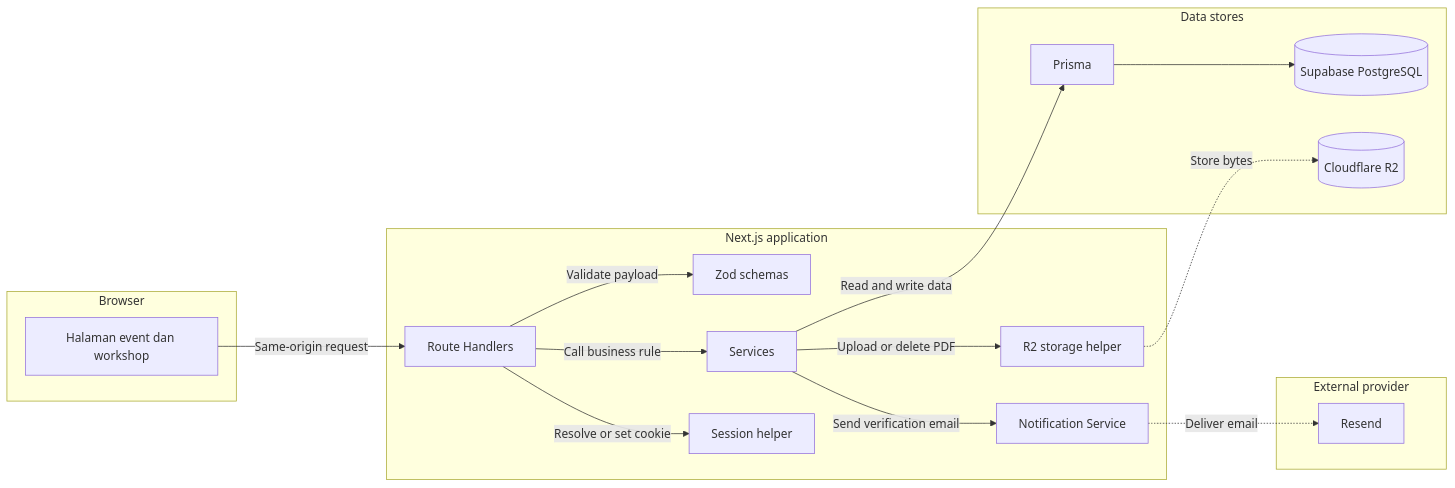
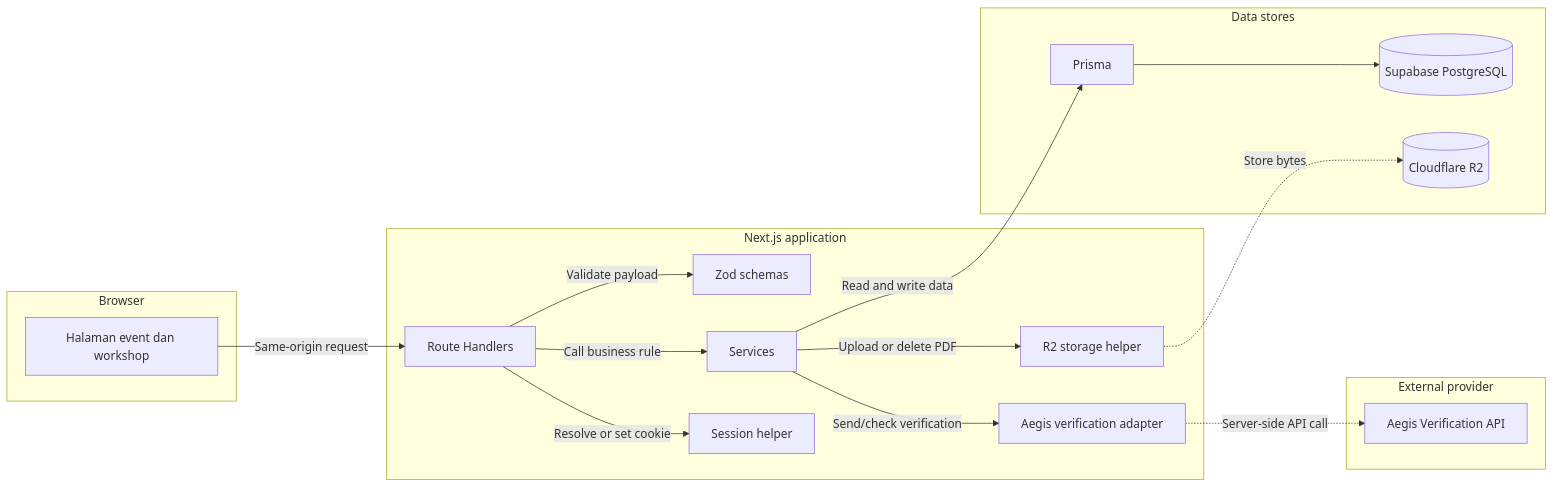
One commit to Website-AKSANG-SPARTA-2025/website-AkSang-SPARTA-2025 changed the second of 4 diagrams in docs/backend/README.md. Above: the diagram before and after it, drawn with Mermaid. The commit also changed other lines of this file and 21 other files, not shown here.

Commit message:
refactor: remove local resend verification flow

````diff
--- a/docs/backend/README.md
+++ b/docs/backend/README.md
@@ -57,36 +57,36 @@
 ```mermaid
 flowchart LR
     subgraph clientLayer["Browser"]
         browser["Halaman event dan workshop"]
     end
 
     subgraph appLayer["Next.js application"]
         routes["Route Handlers"]
         schemas["Zod schemas"]
         services["Services"]
         session["Session helper"]
-        notifications["Notification Service"]
+        verification["Aegis verification adapter"]
         storage["R2 storage helper"]
     end
 
     subgraph dataLayer["Data stores"]
         prisma["Prisma"]
         database[("Supabase PostgreSQL")]
         r2[("Cloudflare R2")]
     end
 
     subgraph externalLayer["External provider"]
-        resend["Resend"]
+        aegis["Aegis Verification API"]
     end
 
     browser -->|"Same-origin request"| routes
     routes -->|"Validate payload"| schemas
     routes -->|"Resolve or set cookie"| session
     routes -->|"Call business rule"| services
     services -->|"Read and write data"| prisma
     prisma --> database
-    services -->|"Send verification email"| notifications
-    notifications -.->|"Deliver email"| resend
+    services -->|"Send/check verification"| verification
+    verification -.->|"Server-side API call"| aegis
     services -->|"Upload or delete PDF"| storage
     storage -.->|"Store bytes"| r2
 ```
````
